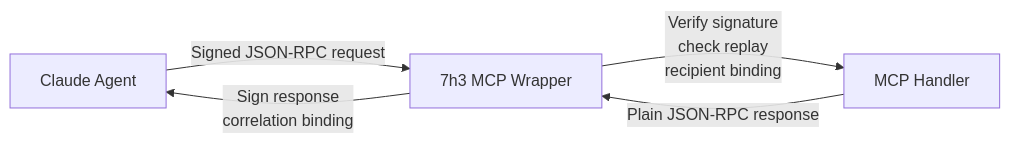
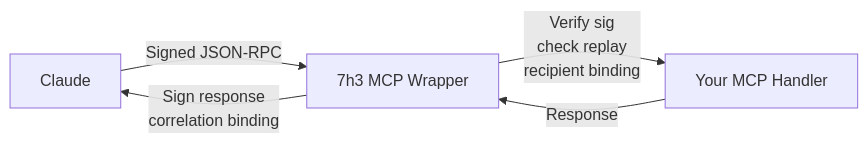
The third of 8 diagrams in README.md (IceMasterT/7h3-protocol), drawn with Mermaid before and after one commit. The commit also changed other lines of this file, not shown here.

````diff
--- a/README.md
+++ b/README.md
@@ -144,7 +681,7 @@
 ```mermaid
 flowchart LR
-    CA[Claude Agent] -->|Signed JSON-RPC request| MW[7h3 MCP Wrapper]
-    MW -->|Verify signature\ncheck replay\nrecipient binding| MH[MCP Handler]
-    MH -->|Plain JSON-RPC response| MW
+    CA[Claude] -->|Signed JSON-RPC| MW[7h3 MCP Wrapper]
+    MW -->|Verify sig\ncheck replay\nrecipient binding| MH[Your MCP Handler]
+    MH -->|Response| MW
     MW -->|Sign response\ncorrelation binding| CA
 ```
````
